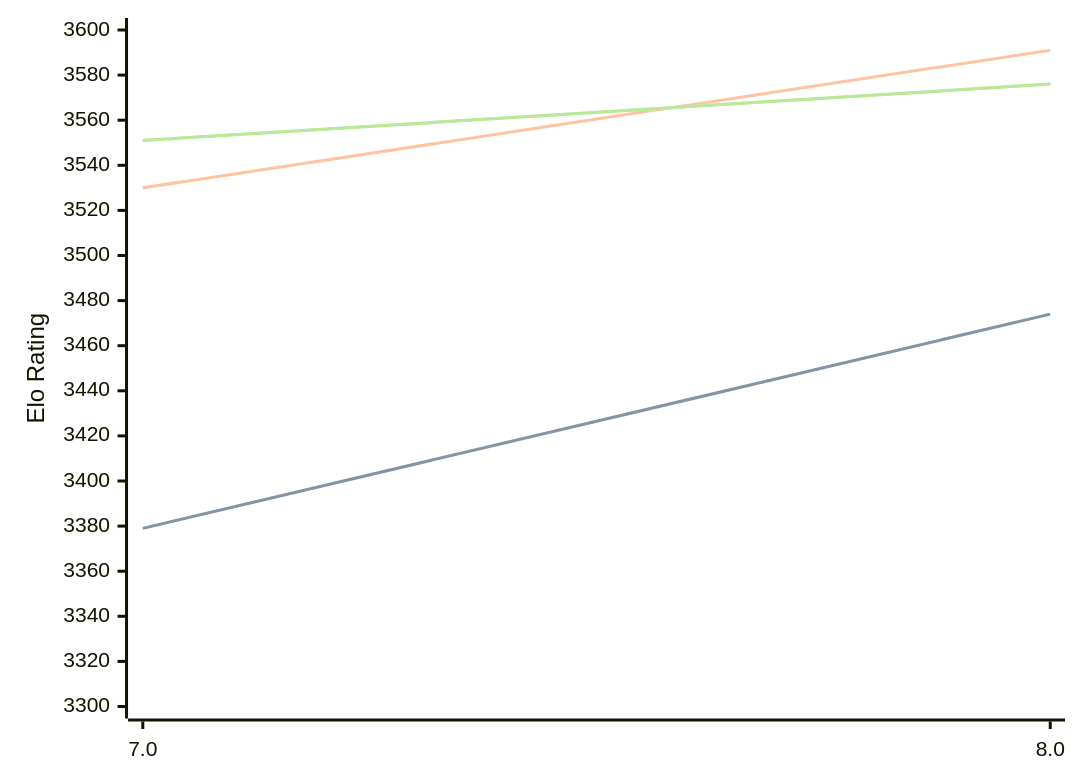
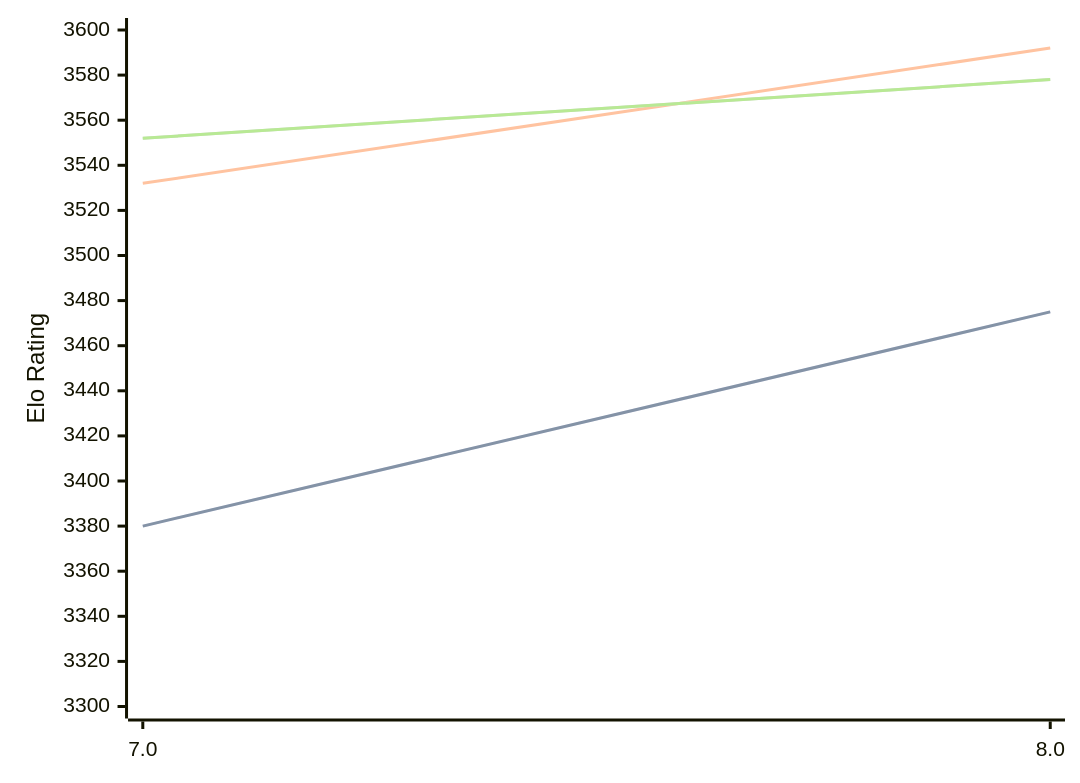
One commit to computer-chess-index/cci changed the diagram in engines/Integral.md. Above: the diagram before and after it, drawn with Mermaid. The commit also changed other lines of this file, not shown here.

Commit message:
Update CCI Ratings (ELO VLTC) - 2026-10-09

````diff
--- a/engines/Integral.md
+++ b/engines/Integral.md
@@ -32,11 +32,11 @@
 ```mermaid
 %%{init: {"theme":"base","themeVariables":{"seriesColors:['#a3a3a3','#222221','#faa371']}}}%%
 xychart-beta
   x-axis ["7.0", "8.0"]
   y-axis "Elo Rating" 3300 --> 3600
-  line "" [3379, 3474]
-  line "STC (8.0+0.08s)" [3379, 3474]
-  line "LTC (60.0+0.60s)" [3530, 3591]
-  line "" [3551, 3576]
-  line "VLTC (2m24s+1.12s)" [3551, 3576]
+  line "" [3380, 3475]
+  line "STC (8.0+0.08s)" [3380, 3475]
+  line "LTC (60.0+0.60s)" [3532, 3592]
+  line "" [3552, 3578]
+  line "VLTC (2m24s+1.12s)" [3552, 3578]
 ```
````
